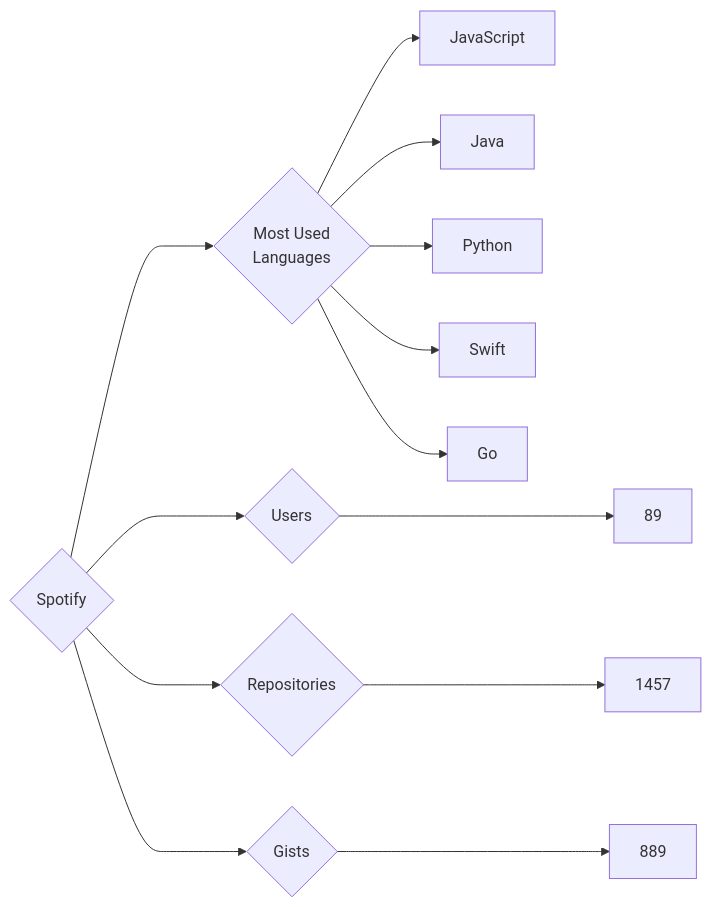
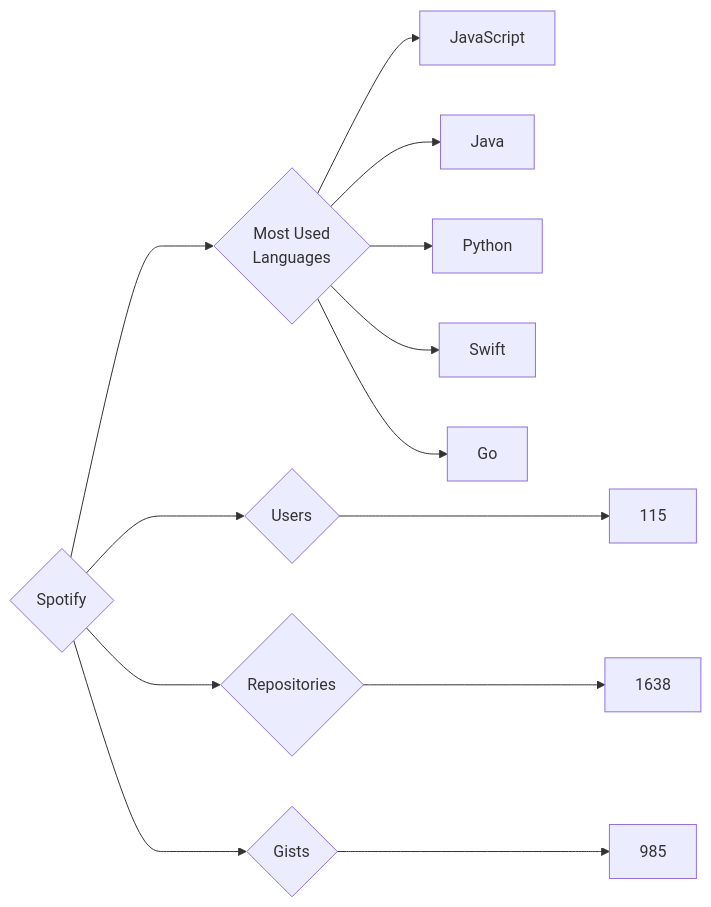
The diagram in targets/Spotify/README.md (trickest/insiders), drawn with Mermaid before and after one commit. The commit also changed 928 other files, not shown here.

````diff
--- a/targets/Spotify/README.md
+++ b/targets/Spotify/README.md
@@ -3,13 +3,13 @@
 ```mermaid
 graph LR
 COMPANY_NAME{Spotify}
-COMPANY_NAME ---> U{Users} ---> UN[89]
-COMPANY_NAME ---> R{Repositories} ---> RN[1457]
-COMPANY_NAME ---> G{Gists} ---> GN[889]
+COMPANY_NAME ---> U{Users} ---> UN[115]
+COMPANY_NAME ---> R{Repositories} ---> RN[1638]
+COMPANY_NAME ---> G{Gists} ---> GN[985]
 COMPANY_NAME ---> ML{Most Used<br>Languages}
 ML --> JavaScript[JavaScript]
 ML --> Java[Java]
 ML --> Python[Python]
 ML --> Swift[Swift]
 ML --> Go[Go]
 ```
````
